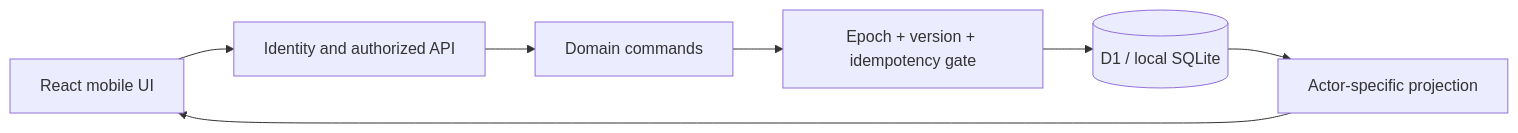
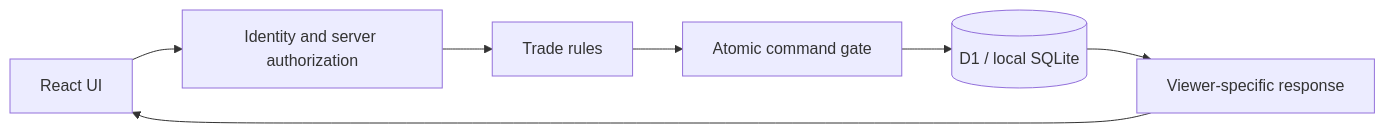
Before and after one commit to HaNa-486/PokemonGOTradeListTool_public: the diagram in README.md, drawn with Mermaid. The commit also changed other lines of this file and 7 other files, not shown here.

````diff
--- a/README.md
+++ b/README.md
@@ -77,9 +61,9 @@
 ```mermaid
 flowchart LR
-    UI[React mobile UI] --> API[Identity and authorized API]
-    API --> Rules[Domain commands]
-    Rules --> Gate[Epoch + version + idempotency gate]
+    UI[React UI] --> API[Identity and server authorization]
+    API --> Rules[Trade rules]
+    Rules --> Gate[Atomic command gate]
     Gate --> DB[(D1 / local SQLite)]
-    DB --> View[Actor-specific projection]
+    DB --> View[Viewer-specific response]
     View --> UI
 ```
````
